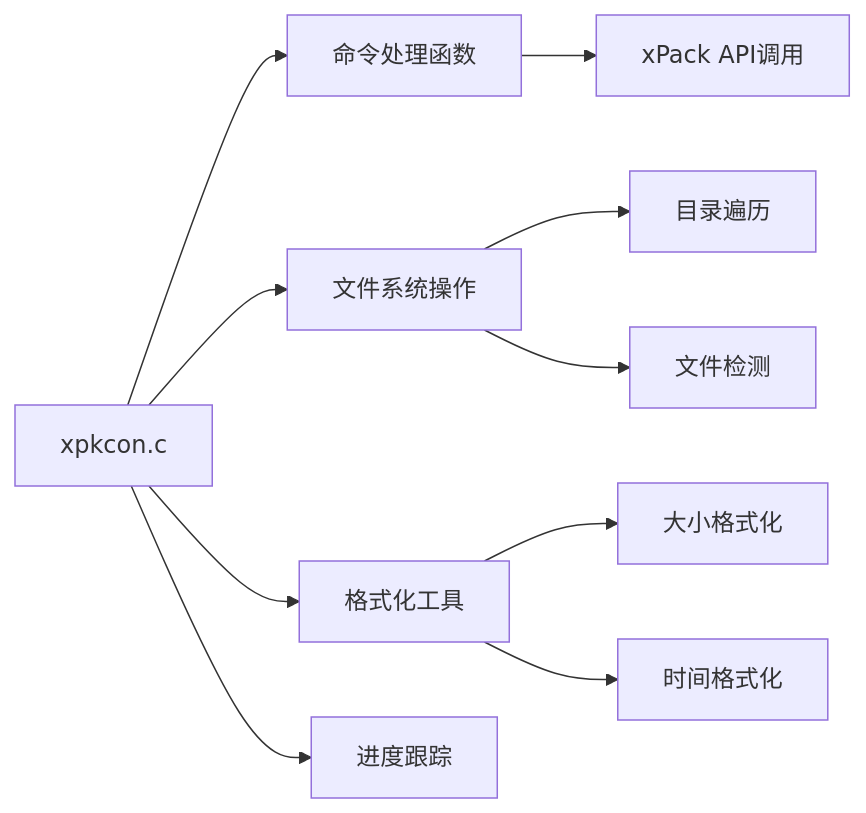
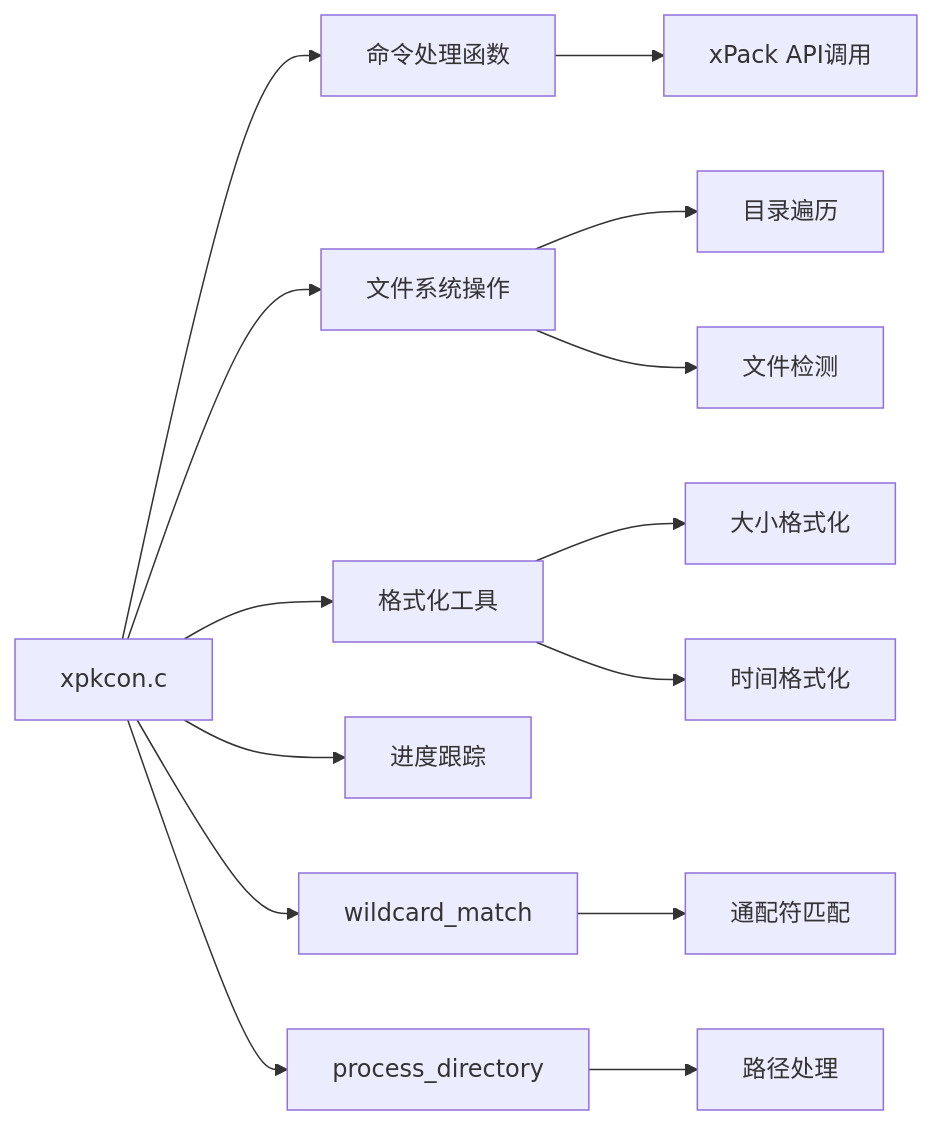
The eighth of 10 diagrams in .qoder/repowiki/zh/content/开发者指南/xpkcon 命令行工具.md (xywhsoft/xpack), drawn with Mermaid before and after one commit. The commit also changed other lines of this file and 14 other files, not shown here.

````diff
--- a/.qoder/repowiki/zh/content/开发者指南/xpkcon 命令行工具.md
+++ b/.qoder/repowiki/zh/content/开发者指南/xpkcon 命令行工具.md
@@ -295,12 +344,16 @@
 ```mermaid
 graph LR
 A[xpkcon.c] --> B[命令处理函数]
 A --> C[文件系统操作]
 A --> D[格式化工具]
 A --> E[进度跟踪]
-B --> F[xPack API调用]
-C --> G[目录遍历]
-C --> H[文件检测]
-D --> I[大小格式化]
-D --> J[时间格式化]
+A --> F[wildcard_match]
+A --> G[process_directory]
+B --> H[xPack API调用]
+C --> I[目录遍历]
+C --> J[文件检测]
+D --> K[大小格式化]
+D --> L[时间格式化]
+F --> M[通配符匹配]
+G --> N[路径处理]
 ```
````
